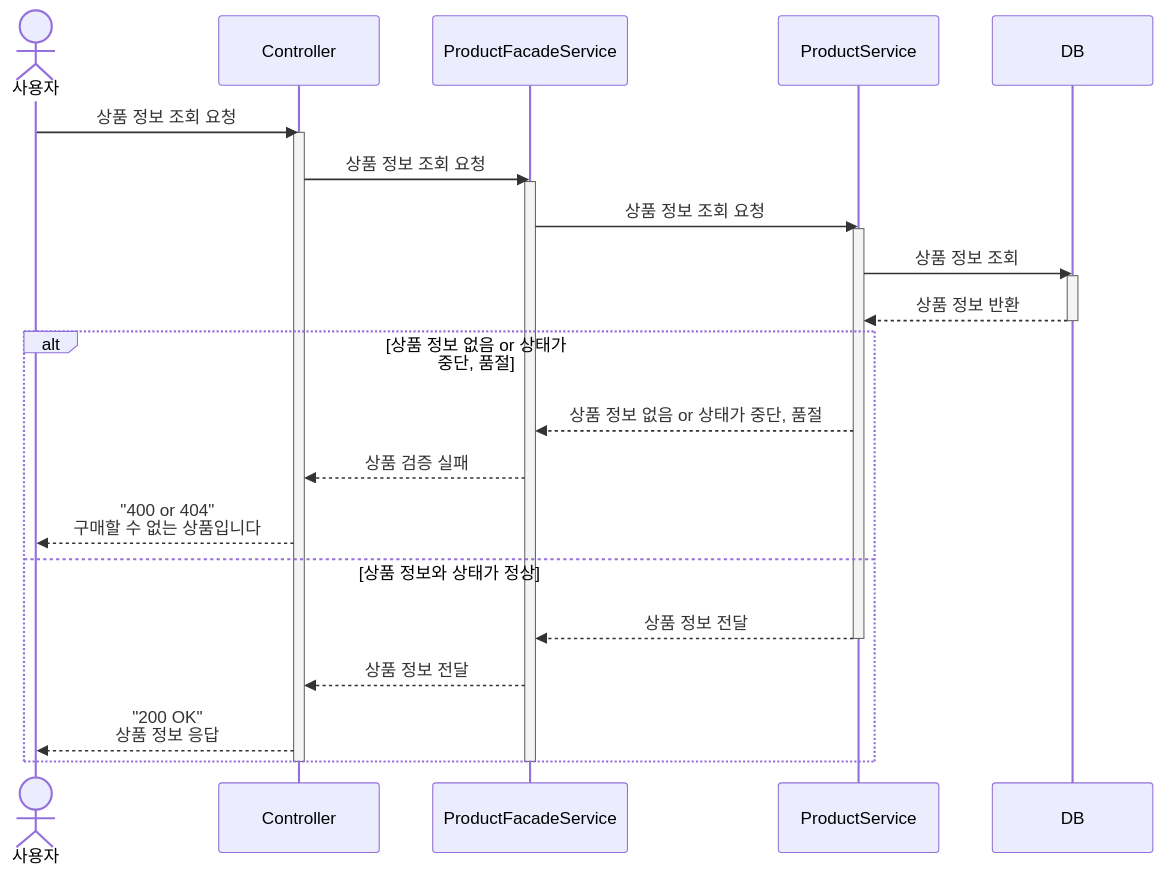
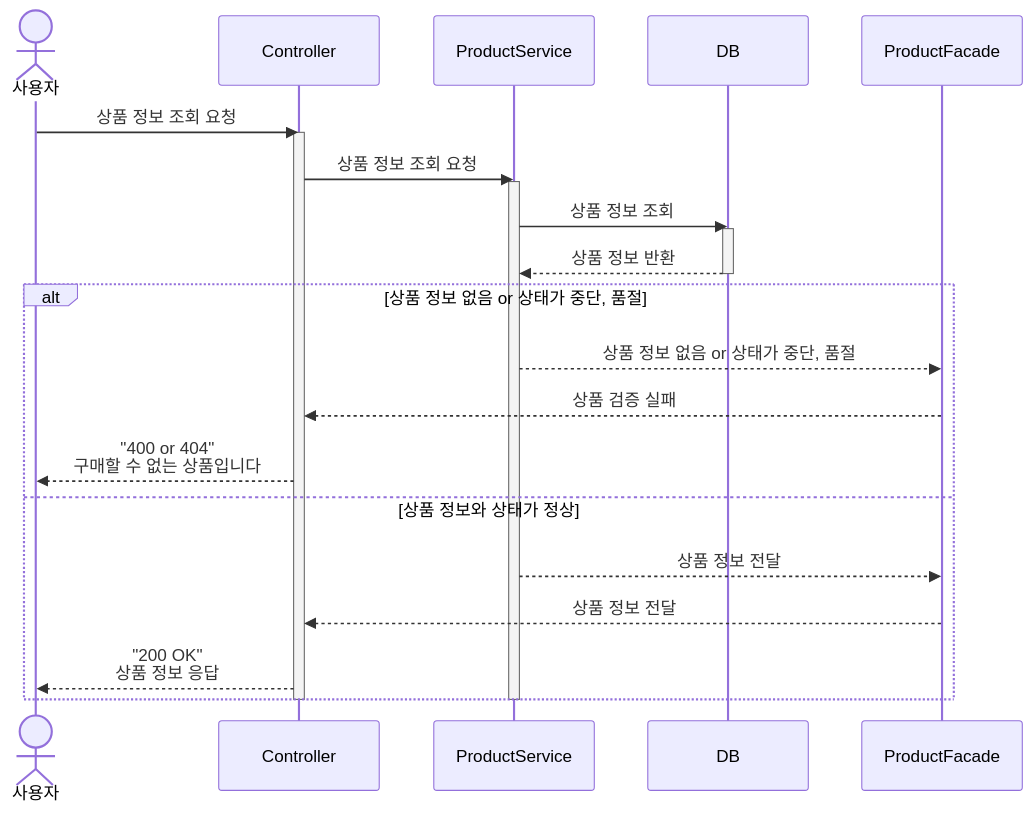
The third of 8 diagrams in docs/SequenceDiagram.md (maengjjin/hhplus-service), drawn with Mermaid before and after one commit. The commit also changed other lines of this file and 1 other file, not shown here.

Commit message:
- 다이어그램 수정

````diff
--- a/docs/SequenceDiagram.md
+++ b/docs/SequenceDiagram.md
@@ -119,37 +103,35 @@
 ```mermaid
 sequenceDiagram
     actor User as 사용자
     participant Controller
-    participant ProductFacadeService
+
     participant ProductService
     participant DB
 
     User ->> Controller: 상품 정보 조회 요청
     activate Controller
 
-    Controller ->> ProductFacadeService: 상품 정보 조회 요청
-    activate ProductFacadeService
-
-    ProductFacadeService ->> ProductService: 상품 정보 조회 요청
+    Controller ->> ProductService: 상품 정보 조회 요청
     activate ProductService
 
     ProductService ->> DB: 상품 정보 조회
     activate DB
+
     DB -->> ProductService: 상품 정보 반환
     deactivate DB
 
     alt 상품 정보 없음 or 상태가 중단, 품절
-        ProductService -->> ProductFacadeService: 상품 정보 없음 or 상태가 중단, 품절
-        ProductFacadeService -->> Controller: 상품 검증 실패
+        ProductService -->> ProductFacade: 상품 정보 없음 or 상태가 중단, 품절
+        ProductFacade -->> Controller: 상품 검증 실패
         Controller -->> User: "400 or 404"<br>구매할 수 없는 상품입니다
     else 상품 정보와 상태가 정상
-        ProductService -->> ProductFacadeService: 상품 정보 전달
-        deactivate ProductService
+        ProductService -->> ProductFacade: 상품 정보 전달
 
-        ProductFacadeService -->> Controller: 상품 정보 전달
+
+        ProductFacade -->> Controller: 상품 정보 전달
         Controller -->> User: "200 OK"<br>상품 정보 응답
     end
 
-    deactivate ProductFacadeService
+    deactivate ProductService
     deactivate Controller
 ```
````
